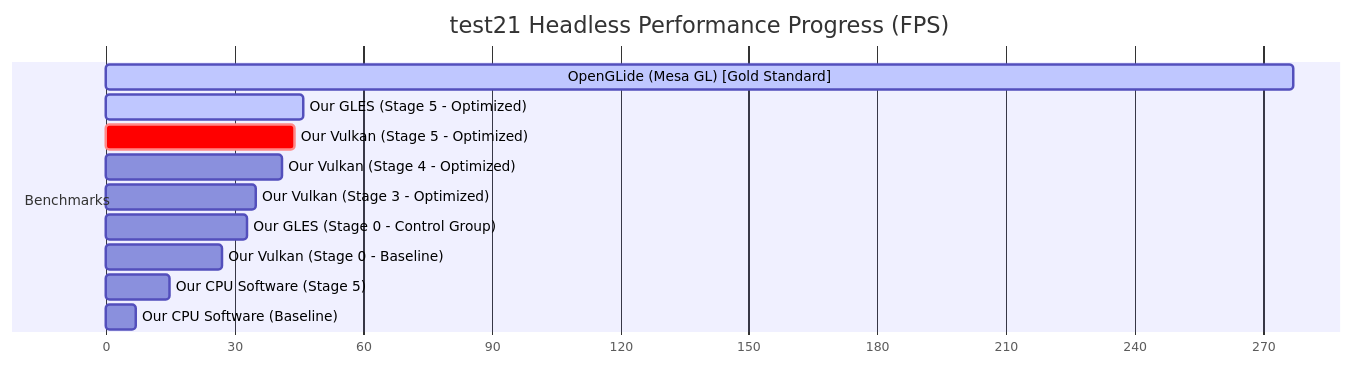
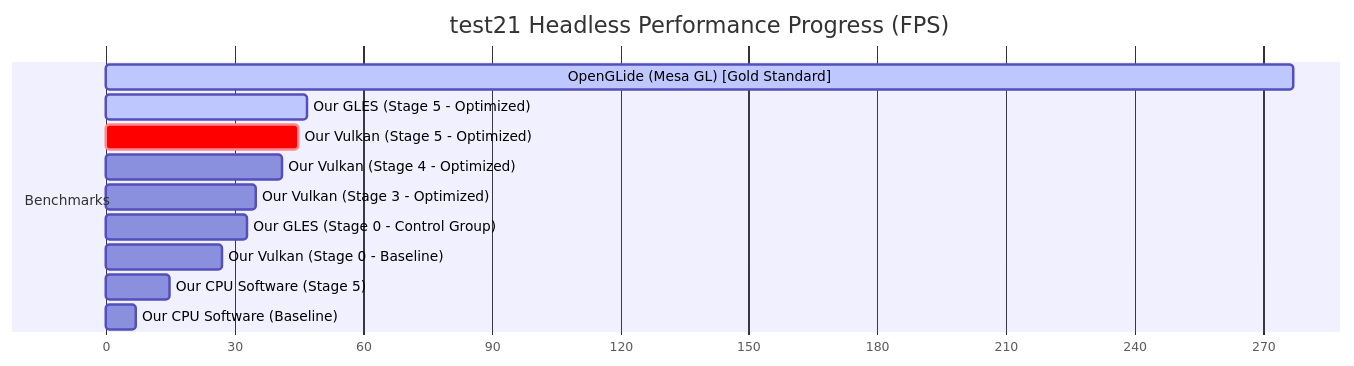
The diagram in docs/vulkan_performance_tracker.md (eugenenuke/glide-ng), drawn with Mermaid before and after one commit. The commit also changed other lines of this file and 4 other files, not shown here.

Commit message:
Stage 5.1: Extend log demoter script with robust multi-line parsing. Demote 6 additional split logs in hot paths (BindTexture, SetCombinerMode, DownloadMipMap). Pushes Vulkan to 44.65 FPS, GLES to 46.84 FPS, and Software to 15.36 FPS.

````diff
--- a/docs/vulkan_performance_tracker.md
+++ b/docs/vulkan_performance_tracker.md
@@ -85,16 +85,16 @@
 ```mermaid
 gantt
     title test21 Headless Performance Progress (FPS)
     dateFormat  X
     axisFormat %s
     section Benchmarks
     OpenGLide (Mesa GL) [Gold Standard] : active, 0, 277
-    Our GLES (Stage 5 - Optimized)     : active, 0, 46
-    Our Vulkan (Stage 5 - Optimized)   : crit, 0, 44
+    Our GLES (Stage 5 - Optimized)     : active, 0, 47
+    Our Vulkan (Stage 5 - Optimized)   : crit, 0, 45
     Our Vulkan (Stage 4 - Optimized)   : 0, 41
     Our Vulkan (Stage 3 - Optimized)   : 0, 35
     Our GLES (Stage 0 - Control Group)  : 0, 33
     Our Vulkan (Stage 0 - Baseline)    : 0, 27
     Our CPU Software (Stage 5)         : 0, 15
     Our CPU Software (Baseline)        : 0, 7
 ```
````
